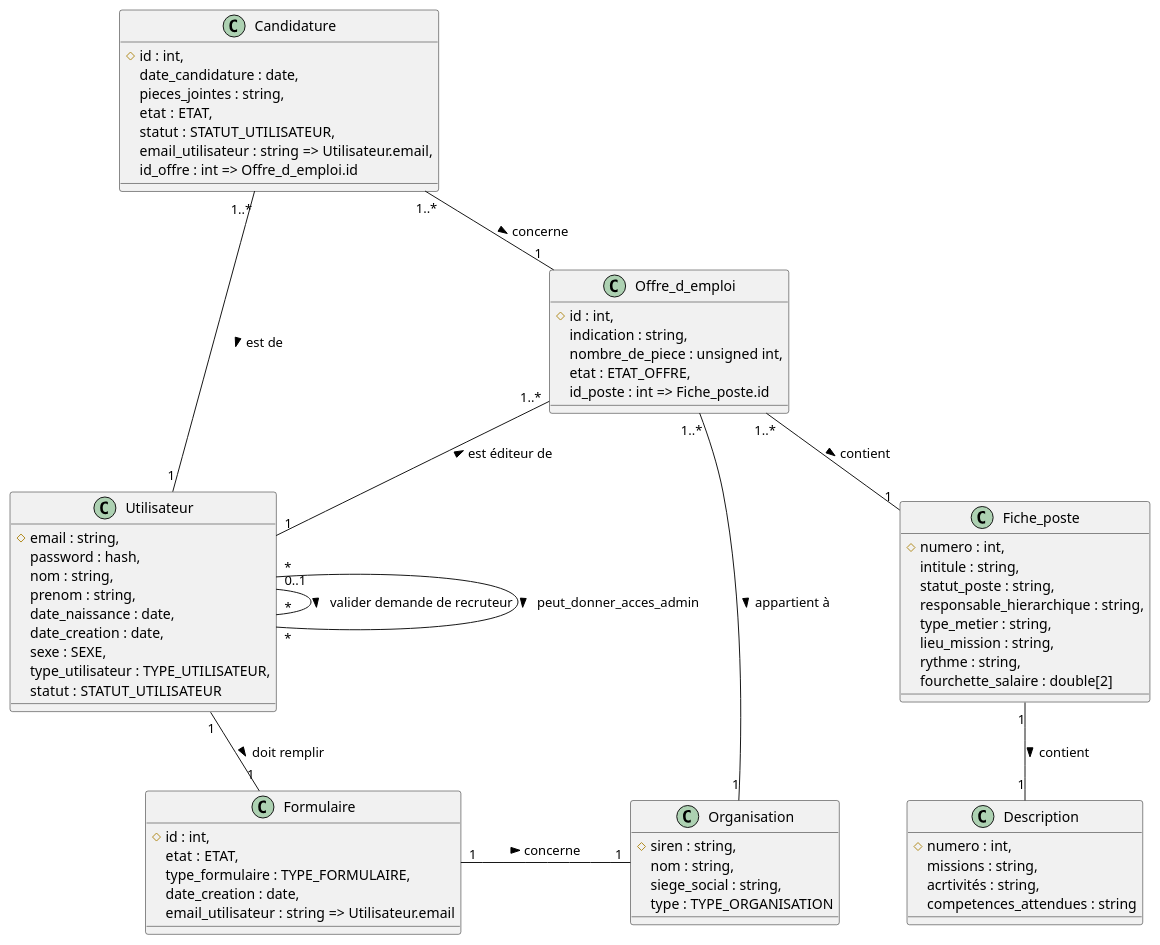
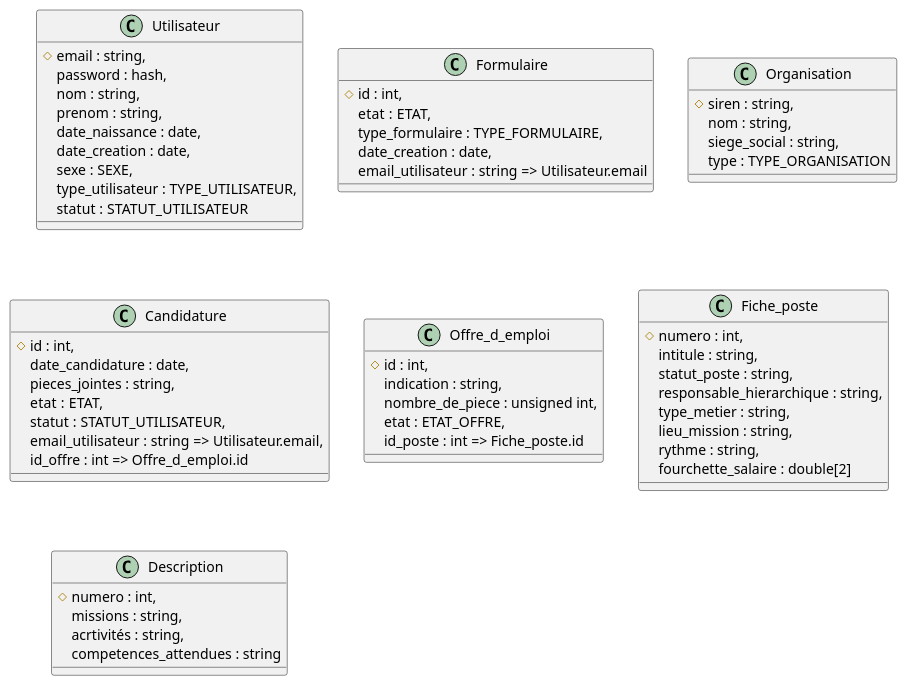
One commit to sacha-sz/UTC-SR10 changed the diagram in assets/MLD/MLD.plantuml. Above: the diagram before and after it, drawn with PlantUML. The commit also changed 7 other files, not shown here.

```diff
--- a/assets/MLD/MLD.plantuml
+++ b/assets/MLD/MLD.plantuml
@@ -1,83 +1,83 @@
 @startuml
 
 
 
 class Utilisateur{
     #email : string, 
     password : hash, 
     nom : string, 
     prenom : string, 
     date_naissance : date, 
     date_creation : date, 
     sexe : SEXE, 
     type_utilisateur : TYPE_UTILISATEUR, 
     statut : STATUT_UTILISATEUR
 }
 
 class Formulaire{
     #id : int, 
     etat : ETAT,
     type_formulaire : TYPE_FORMULAIRE, 
     date_creation : date, 
     email_utilisateur : string => Utilisateur.email
 }
 
 class Organisation{
     #siren : string, 
     nom : string, 
     siege_social : string, 
     type : TYPE_ORGANISATION
 }
 
 class  Candidature{
     #id : int, 
     date_candidature : date, 
     pieces_jointes : string, 
     etat : ETAT, 
     statut : STATUT_UTILISATEUR, 
     email_utilisateur : string => Utilisateur.email, 
     id_offre : int => Offre_d_emploi.id
 }
 
 class Offre_d_emploi{
     #id : int, 
     indication : string, 
     nombre_de_piece : unsigned int, 
     etat : ETAT_OFFRE, 
     id_poste : int => Fiche_poste.id
 }
 
 class Fiche_poste{
     #numero : int, 
     intitule : string, 
     statut_poste : string, 
     responsable_hierarchique : string, 
     type_metier : string, 
     lieu_mission : string, 
     rythme : string, 
     fourchette_salaire : double[2]
 }
 
 class Description{
     #numero : int, 
     missions : string, 
     acrtivités : string, 
     competences_attendues : string
 }
 
-Utilisateur "0..1" -- "*" Utilisateur : valider demande de recruteur >
-Utilisateur "*"-- "*" Utilisateur : peut_donner_acces_admin >
+' Utilisateur "0..1" -- "*" Utilisateur : valider demande de recruteur >
+' Utilisateur "*"-- "*" Utilisateur : peut_donner_acces_admin >
 
-Offre_d_emploi "1..*" -- "1" Organisation : appartient à >
-Offre_d_emploi "1..*" -- "1" Fiche_poste : contient >
-Offre_d_emploi "1..*" -- "1" Utilisateur : est éditeur de <
+' Offre_d_emploi "1..*" -- "1" Organisation : appartient à >
+' Offre_d_emploi "1..*" -- "1" Fiche_poste : contient >
+' Offre_d_emploi "1..*" -- "1" Utilisateur : est éditeur de <
 
-Fiche_poste "1" -- "1" Description : contient >
+' Fiche_poste "1" -- "1" Description : contient >
 
-Candidature "1..*" -- "1" Offre_d_emploi : concerne >
-Candidature "1..*" -- "1" Utilisateur : est de >
+' Candidature "1..*" -- "1" Offre_d_emploi : concerne >
+' Candidature "1..*" -- "1" Utilisateur : est de >
 
-Utilisateur "1" -- "1" Formulaire : doit remplir >
-Formulaire "1" - "1" Organisation : concerne >
+' Utilisateur "1" -- "1" Formulaire : doit remplir >
+' Formulaire "1" - "1" Organisation : concerne >
 
 @enduml
```
